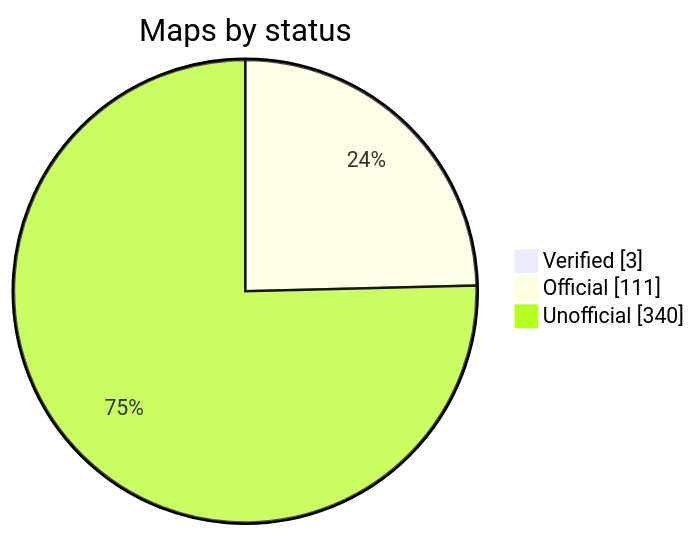
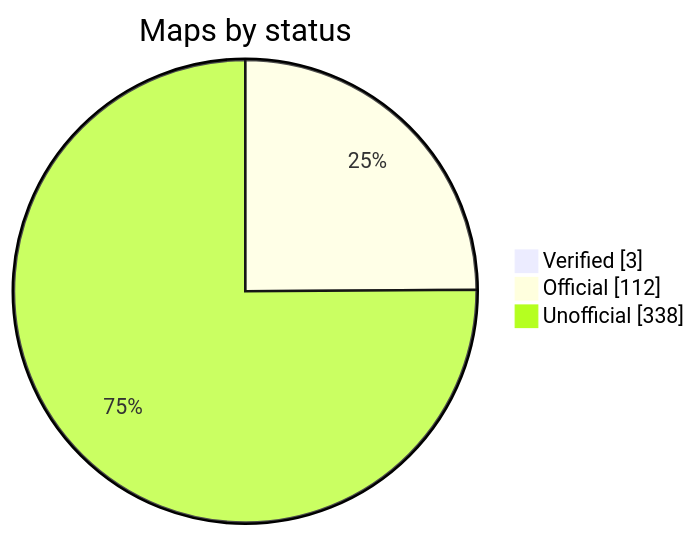
Before and after one commit to nobrega8/mbmap-library: the diagram in README.md, drawn with Mermaid. The commit also changed 1 other file, not shown here.

Commit message:
Rebuild the index

````diff
--- a/README.md
+++ b/README.md
@@ -48,7 +48,7 @@
 ```mermaid
 pie showData
     title Maps by status
     "Verified" : 3
-    "Official" : 111
-    "Unofficial" : 340
+    "Official" : 112
+    "Unofficial" : 338
 ```
````
